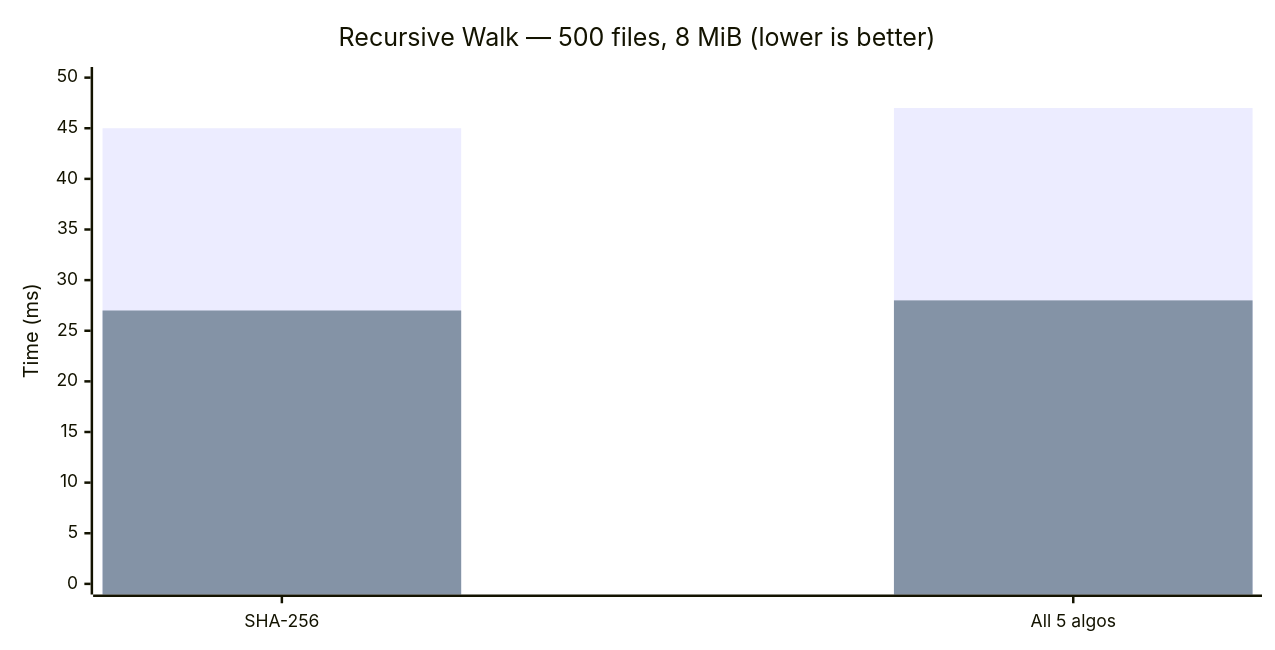
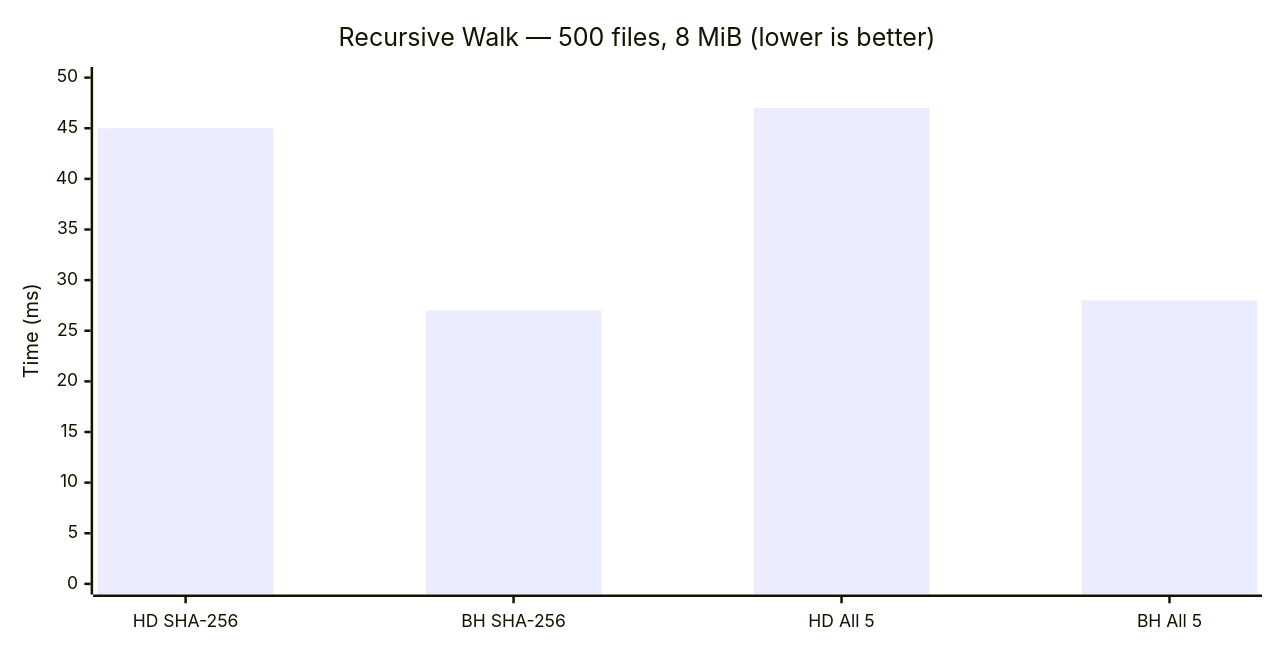
One commit to SecurityRonin/blazehash changed the third of 5 diagrams in docs/benchmarks.md. Above: the diagram before and after it, drawn with Mermaid. The commit also changed other lines of this file, not shown here.

First line of the commit message:
docs: use interleaved side-by-side bars for all benchmark charts

````diff
--- a/docs/benchmarks.md
+++ b/docs/benchmarks.md
@@ -103,13 +101,12 @@
 ```mermaid
 ---
 config:
     xyChart:
         width: 1000
 ---
 xychart-beta
     title "Recursive Walk — 500 files, 8 MiB (lower is better)"
-    x-axis ["SHA-256", "All 5 algos"]
+    x-axis ["HD SHA-256", "BH SHA-256", "HD All 5", "BH All 5"]
     y-axis "Time (ms)" 0 --> 50
-    bar "hashdeep" [45, 47]
-    bar "blazehash" [27, 28]
+    bar [45, 27, 47, 28]
 ```
````
